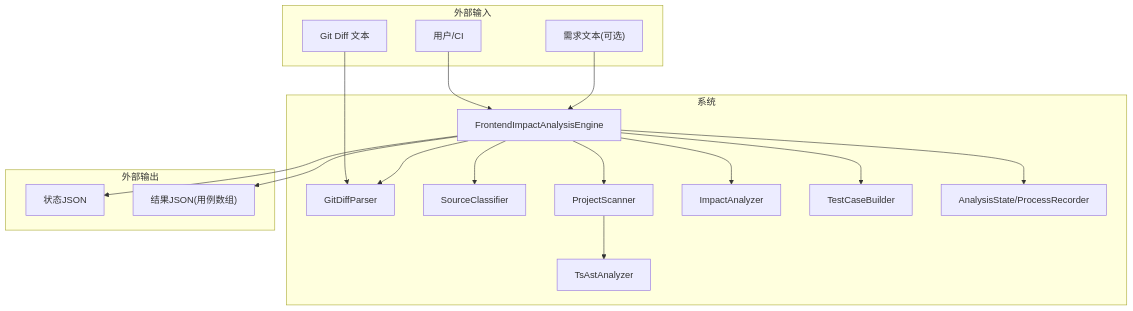
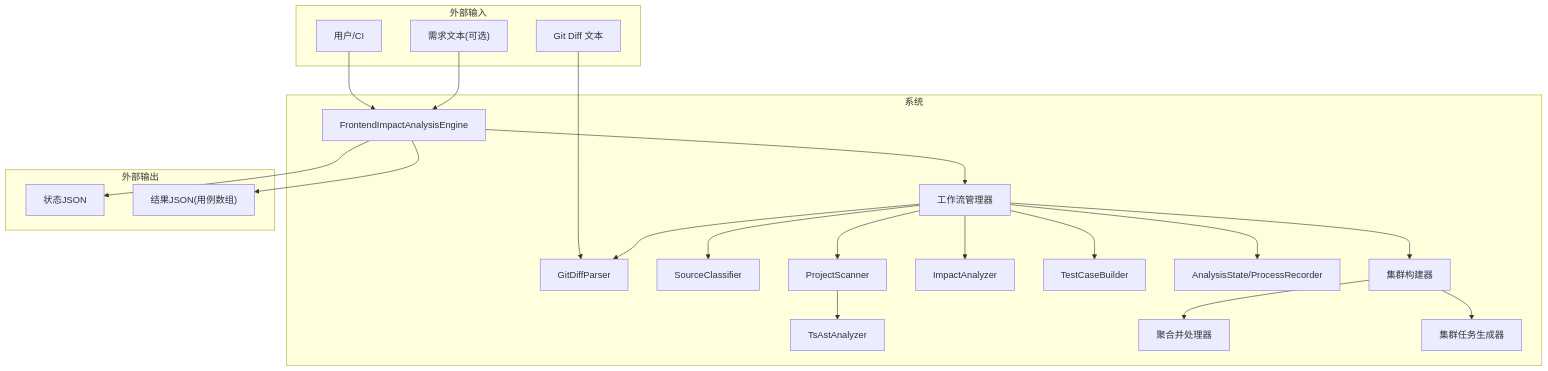
One commit to brand-new-remo/frontend-impact-analyzer changed diagram 11 of 12 in .qoder/repowiki/zh/content/技术架构/技术架构.md. Above: the diagram before and after it, drawn with Mermaid. The commit also changed other lines of this file and 9 other files, not shown here.

````diff
--- a/.qoder/repowiki/zh/content/技术架构/技术架构.md
+++ b/.qoder/repowiki/zh/content/技术架构/技术架构.md
@@ -384,34 +598,42 @@
 ```mermaid
 graph TB
 subgraph "外部输入"
 U["用户/CI"]
 D["Git Diff 文本"]
 R["需求文本(可选)"]
 end
 subgraph "系统"
 E["FrontendImpactAnalysisEngine"]
+W["工作流管理器"]
 P["GitDiffParser"]
 C["SourceClassifier"]
 S["ProjectScanner"]
 A["TsAstAnalyzer"]
 I["ImpactAnalyzer"]
 T["TestCaseBuilder"]
 M["AnalysisState/ProcessRecorder"]
+CB["集群构建器"]
+RM["聚合并处理器"]
+CT["集群任务生成器"]
 end
 subgraph "外部输出"
 O1["状态JSON"]
 O2["结果JSON(用例数组)"]
 end
 U --> E
 D --> P
 R --> E
-E --> P
-E --> C
-E --> S
+E --> W
+W --> P
+W --> C
+W --> S
 S --> A
-E --> I
-E --> T
-E --> M
+W --> I
+W --> T
+W --> CB
+CB --> RM
+CB --> CT
+W --> M
 E --> O1
 E --> O2
 ```
````
